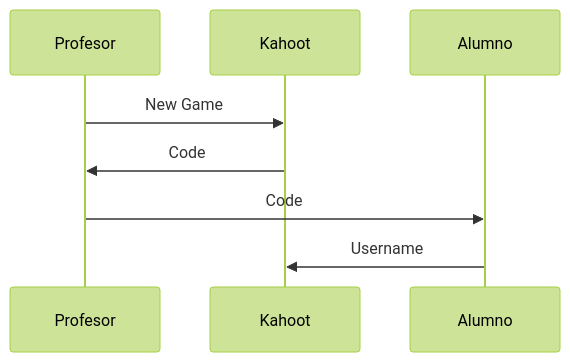
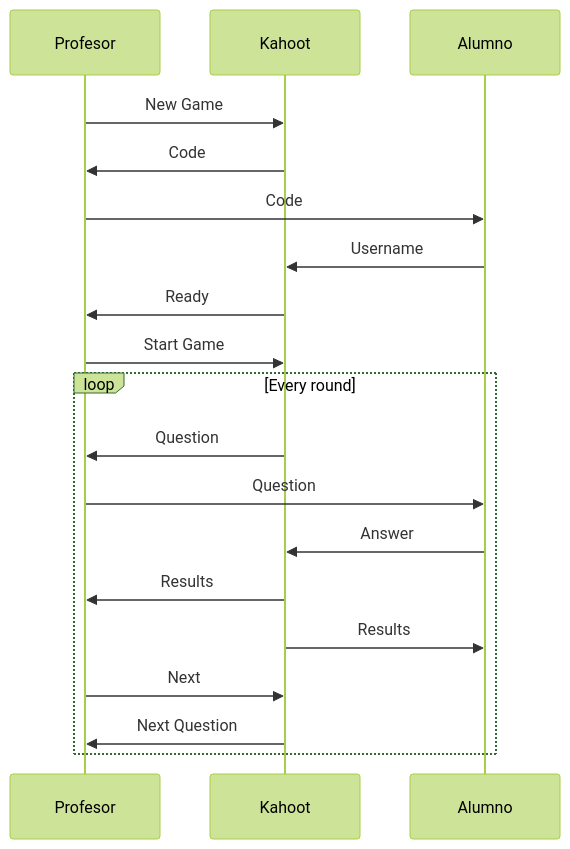
Before and after one commit to Jiza18/UML: the fifth of 7 diagrams in README.md, drawn with Mermaid (forest theme).

````diff
--- a/README.md
+++ b/README.md
@@ -91,7 +91,18 @@
 ```mermaid
 sequenceDiagram
 Profesor ->> Kahoot: New Game
 Kahoot ->> Profesor: Code
 Profesor ->> Alumno: Code
 Alumno ->> Kahoot: Username
+Kahoot ->> Profesor: Ready
+Profesor ->> Kahoot: Start Game
+loop Every round
+Kahoot ->> Profesor: Question
+Profesor ->> Alumno: Question
+Alumno ->> Kahoot: Answer
+Kahoot ->> Profesor: Results
+Kahoot ->> Alumno: Results
+Profesor ->> Kahoot: Next
+Kahoot ->> Profesor: Next Question
+end
 ```
````
